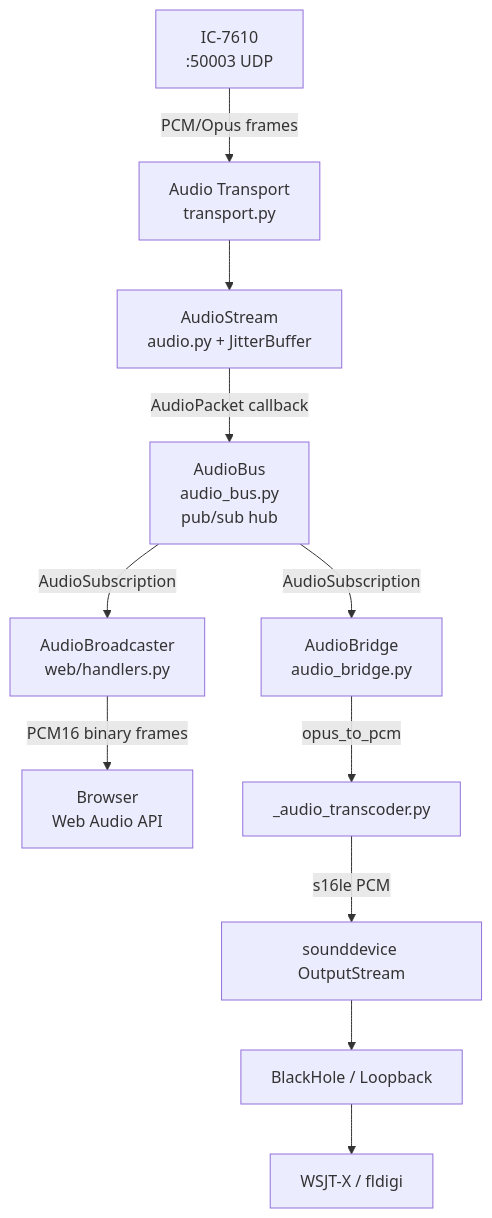
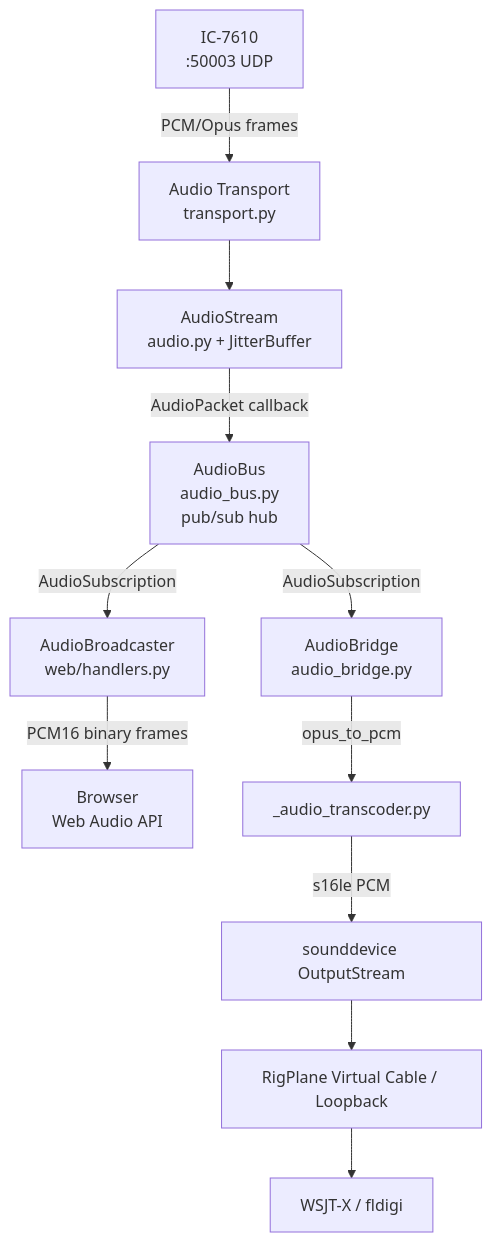
One commit to rigplane/rigplane-core changed the fourth of 21 diagrams in docs/internals/architecture.md. Above: the diagram before and after it, drawn with Mermaid. The commit also changed other lines of this file and 11 other files, not shown here.

Commit message:
docs(MOR-2590): the guides and comments describe the RigPlane Virtual Cable instead of BlackHole

````diff
--- a/docs/internals/architecture.md
+++ b/docs/internals/architecture.md
@@ -819,13 +819,13 @@
 ```mermaid
 flowchart TD
     IC7610[IC-7610\n:50003 UDP] -->|PCM/Opus frames| AudioT[Audio Transport\ntransport.py]
     AudioT --> AStream[AudioStream\naudio.py + JitterBuffer]
     AStream -->|AudioPacket callback| ABus[AudioBus\naudio_bus.py\npub/sub hub]
     ABus -->|AudioSubscription| WsBcast[AudioBroadcaster\nweb/handlers.py]
     ABus -->|AudioSubscription| Bridge[AudioBridge\naudio_bridge.py]
     WsBcast -->|PCM16 binary frames| WsClients[Browser\nWeb Audio API]
     Bridge -->|opus_to_pcm| Xcode[_audio_transcoder.py]
     Xcode -->|s16le PCM| SndDev[sounddevice OutputStream]
-    SndDev --> BH[BlackHole / Loopback]
+    SndDev --> BH[RigPlane Virtual Cable / Loopback]
     BH --> WSJTX[WSJT-X / fldigi]
 ```
````
